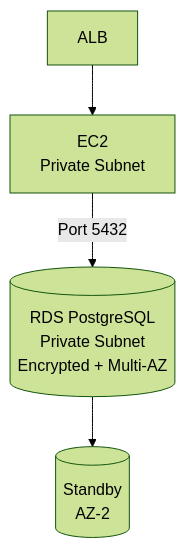
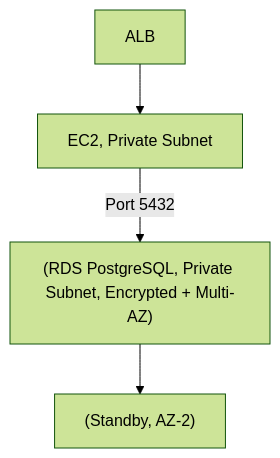
Before and after one commit to DeeptiShuklaProject/Uday_AWS: the third of 3 diagrams in Chapter_06_Amazon_RDS.md, drawn with Mermaid (forest theme). The commit also changed other lines of this file and 34 other files, not shown here.

Commit message:
Fix mermaid diagrams syntax across all chapters (quote labels and remove HTML)

````diff
--- a/Chapter_06_Amazon_RDS.md
+++ b/Chapter_06_Amazon_RDS.md
@@ -692,6 +692,6 @@
 ```mermaid
 flowchart TD
-    ALB[ALB] --> EC2[EC2<br>Private Subnet]
-    EC2 -->|Port 5432| RDS[(RDS PostgreSQL<br>Private Subnet<br>Encrypted + Multi-AZ)]
-    RDS --> Standby[(Standby<br>AZ-2)]
+    ALB[ALB] --> EC2["EC2, Private Subnet"]
+    EC2 -->|Port 5432| RDS["(RDS PostgreSQL, Private Subnet, Encrypted + Multi-AZ)"]
+    RDS --> Standby["(Standby, AZ-2)"]
 ```
````
